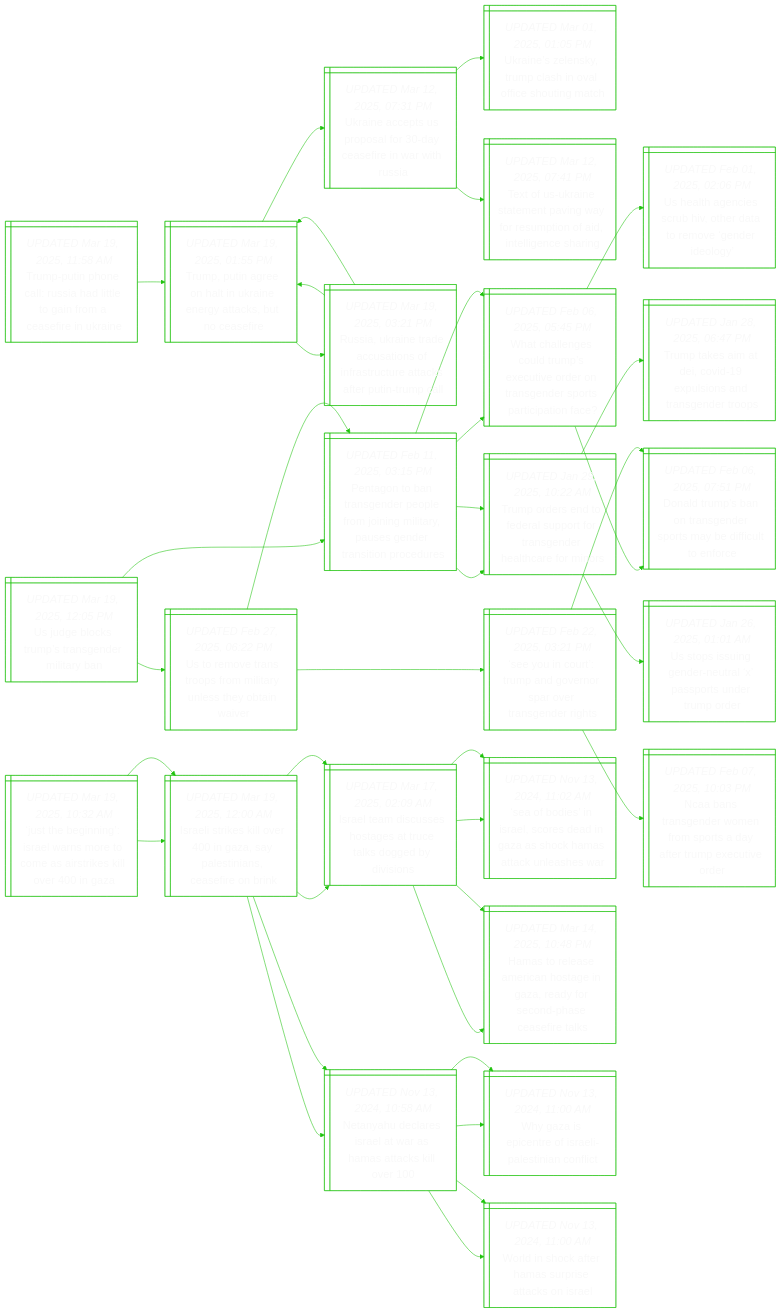
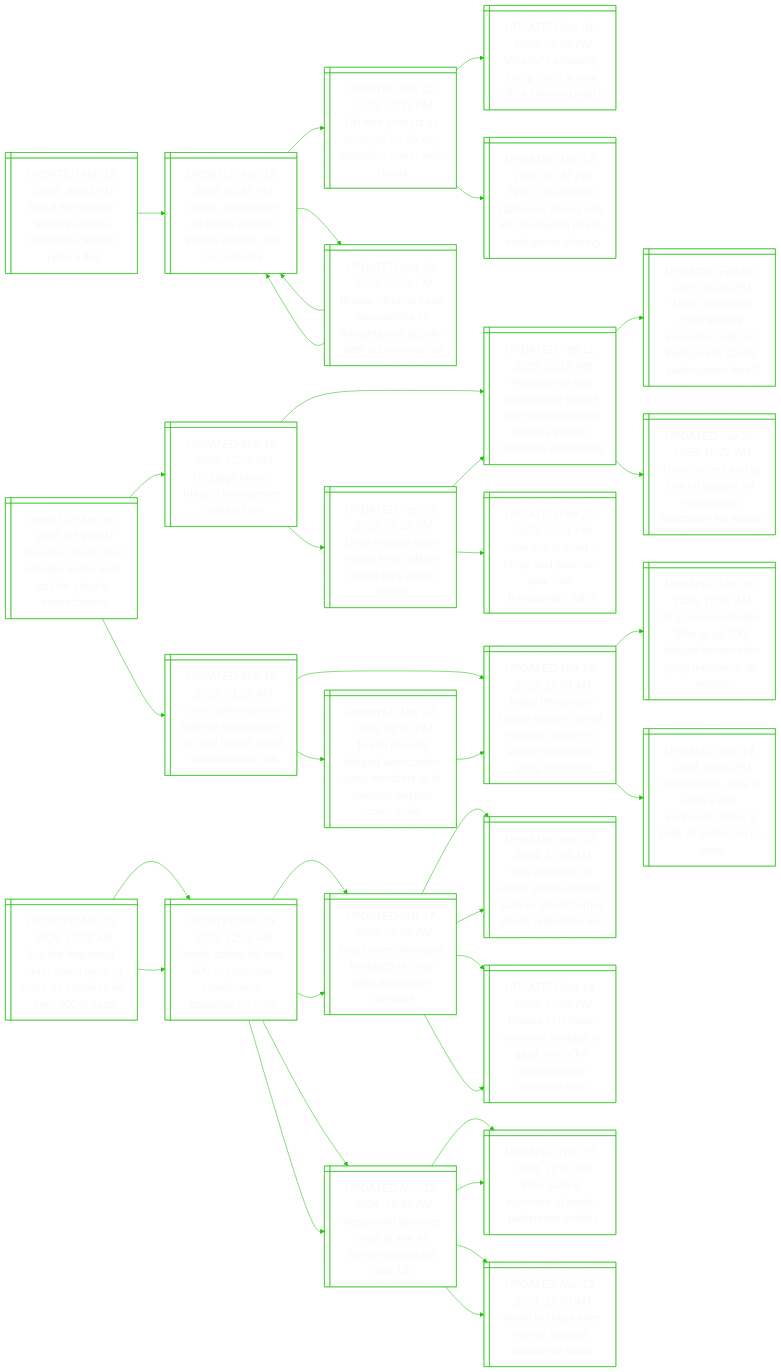
Before and after one commit to notJmes/notJmes: the diagram in README.md, drawn with Mermaid. The commit also changed other lines of this file, not shown here.

```diff
--- a/README.md
+++ b/README.md
@@ -16,8 +16,8 @@
 flowchart LR
 classDef txtsize font-size:20px;
 
-TPpcuhtofcfni@{ shape: win-pane, label: "_UPDATED Mar 19, 2025, 11:58 AM_
-Trump-putin phone call: russia had little to gain from a ceasefire in ukraine" }
+Dfsrpaeilhnp@{ shape: win-pane, label: "_UPDATED Mar 19, 2025, 05:43 PM_
+Dial d for disaster: trump’s ukraine ceasefire call with putin a flop" }
 TPaotreyctar@{ shape: win-pane, label: "_UPDATED Mar 19, 2025, 01:55 PM_
 Trump, putin agree on halt in ukraine energy attacks, but no ceasefire" }
 UneSoocfnis@{ shape: win-pane, label: "_UPDATED Mar 12, 2025, 07:31 PM_
@@ -33,7 +33,7 @@
 TPaotreyctar@{ shape: win-pane, label: "_UPDATED Mar 19, 2025, 01:55 PM_
 Trump, putin agree on halt in ukraine energy attacks, but no ceasefire" }
 
-TPpcuhtofcfni:::txtsize --> TPaotreyctar:::txtsize
+Dfsrpaeilhnp:::txtsize --> TPaotreyctar:::txtsize
 TPaotreyctar:::txtsize --> UneSoocfnis:::txtsize
 UneSoocfnis:::txtsize --> Unlyphaiogh:::txtsize
 UneSoocfnis:::txtsize --> Tfrsmawrmndlna:::txtsize
@@ -41,51 +41,48 @@
 Raiacifacakeiml:::txtsize --> TPaotreyctar:::txtsize
 Raiacifacakeiml:::txtsize --> TPaotreyctar:::txtsize
 
+Smreurvljsan@{ shape: win-pane, label: "_UPDATED Mar 19, 2025, 03:20 PM_
+Supreme court chief rebukes trump over call for judge’s impeachment" }
 Ugcureman@{ shape: win-pane, label: "_UPDATED Mar 19, 2025, 12:05 PM_
 Us judge blocks trump’s transgender military ban" }
 Pgbanefogtagrsnes@{ shape: win-pane, label: "_UPDATED Feb 11, 2025, 03:15 PM_
 Pentagon to ban transgender people from joining military, pauses gender transition procedures" }
 Whnoretrnserrpn@{ shape: win-pane, label: "_UPDATED Feb 06, 2025, 05:45 PM_
 What challenges could trump’s executive order on transgender sports participation face?" }
-Ddpondoaiuec@{ shape: win-pane, label: "_UPDATED Feb 06, 2025, 07:51 PM_
-Donald trump’s ban on transgender sports may be difficult to enforce" }
-Ulesbtareeo@{ shape: win-pane, label: "_UPDATED Feb 01, 2025, 02:06 PM_
-Us health agencies scrub hiv, other data to remove ‘gender ideology’" }
 Tosorpfanecoo@{ shape: win-pane, label: "_UPDATED Jan 29, 2025, 10:22 AM_
 Trump orders end to federal support for transgender healthcare for minors" }
-TtaDvpodseo@{ shape: win-pane, label: "_UPDATED Jan 28, 2025, 06:47 PM_
-Trump takes aim at dei, covid-19 expulsions and transgender troops" }
-Upuenasteme@{ shape: win-pane, label: "_UPDATED Jan 26, 2025, 01:01 AM_
-Us stops issuing gender-neutral ‘x’ passports under trump order" }
 Uettsmalhta@{ shape: win-pane, label: "_UPDATED Feb 27, 2025, 06:22 PM_
 Us to remove trans troops from military unless they obtain waiver" }
 Pgbanefogtagrsnes@{ shape: win-pane, label: "_UPDATED Feb 11, 2025, 03:15 PM_
 Pentagon to ban transgender people from joining military, pauses gender transition procedures" }
-Whnoretrnserrpn@{ shape: win-pane, label: "_UPDATED Feb 06, 2025, 05:45 PM_
-What challenges could trump’s executive order on transgender sports participation face?" }
-Tosorpfanecoo@{ shape: win-pane, label: "_UPDATED Jan 29, 2025, 10:22 AM_
-Trump orders end to federal support for transgender healthcare for minors" }
 Suuudrpendg@{ shape: win-pane, label: "_UPDATED Feb 22, 2025, 03:21 PM_
 ‘see you in court’: trump and governor spar over transgender rights" }
-Naanorodtueve@{ shape: win-pane, label: "_UPDATED Feb 07, 2025, 10:03 PM_
-Ncaa bans transgender women from sports a day after trump executive order" }
-Ddpondoaiuec@{ shape: win-pane, label: "_UPDATED Feb 06, 2025, 07:51 PM_
-Donald trump’s ban on transgender sports may be difficult to enforce" }
+TaitesroCJcmeel@{ shape: win-pane, label: "_UPDATED Mar 19, 2025, 01:22 AM_
+Trump administration defends deportations, as chief justice slams impeachment call" }
+Jtrykmerpsreeam@{ shape: win-pane, label: "_UPDATED Mar 16, 2025, 11:58 AM_
+Judge temporarily blocks trump’s use of wartime powers to target venezuelan gang members" }
+Uaaojldznmres@{ shape: win-pane, label: "_UPDATED Mar 16, 2025, 10:47 AM_
+Us to pay el salvador $8m to jail 300 alleged venezuelan gang members, ap reports" }
+Ruseznleepny@{ shape: win-pane, label: "_UPDATED Nov 14, 2024, 04:56 PM_
+Restaurants, pool & even a zoo: venezuela offers a peek at prison run by gang" }
+Tdteeeamtaopor@{ shape: win-pane, label: "_UPDATED Mar 17, 2025, 02:40 PM_
+Trump deports alleged venezuelan gang members to el salvador despite court order" }
+Jtrykmerpsreeam@{ shape: win-pane, label: "_UPDATED Mar 16, 2025, 11:58 AM_
+Judge temporarily blocks trump’s use of wartime powers to target venezuelan gang members" }
 
+Smreurvljsan:::txtsize --> Ugcureman:::txtsize
 Ugcureman:::txtsize --> Pgbanefogtagrsnes:::txtsize
 Pgbanefogtagrsnes:::txtsize --> Whnoretrnserrpn:::txtsize
-Whnoretrnserrpn:::txtsize --> Ddpondoaiuec:::txtsize
-Whnoretrnserrpn:::txtsize --> Ulesbtareeo:::txtsize
 Pgbanefogtagrsnes:::txtsize --> Tosorpfanecoo:::txtsize
-Tosorpfanecoo:::txtsize --> TtaDvpodseo:::txtsize
-Tosorpfanecoo:::txtsize --> Upuenasteme:::txtsize
 Ugcureman:::txtsize --> Uettsmalhta:::txtsize
 Uettsmalhta:::txtsize --> Pgbanefogtagrsnes:::txtsize
-Pgbanefogtagrsnes:::txtsize --> Whnoretrnserrpn:::txtsize
-Pgbanefogtagrsnes:::txtsize --> Tosorpfanecoo:::txtsize
 Uettsmalhta:::txtsize --> Suuudrpendg:::txtsize
-Suuudrpendg:::txtsize --> Naanorodtueve:::txtsize
-Suuudrpendg:::txtsize --> Ddpondoaiuec:::txtsize
+Smreurvljsan:::txtsize --> TaitesroCJcmeel:::txtsize
+TaitesroCJcmeel:::txtsize --> Jtrykmerpsreeam:::txtsize
+Jtrykmerpsreeam:::txtsize --> Uaaojldznmres:::txtsize
+Jtrykmerpsreeam:::txtsize --> Ruseznleepny:::txtsize
+TaitesroCJcmeel:::txtsize --> Tdteeeamtaopor:::txtsize
+Tdteeeamtaopor:::txtsize --> Jtrykmerpsreeam:::txtsize
 
 Jhigenemiiiea@{ shape: win-pane, label: "_UPDATED Mar 19, 2025, 10:32 AM_
 ‘just the beginning’: israel warns more to come as airstrikes kill over 400 in gaza" }
```
